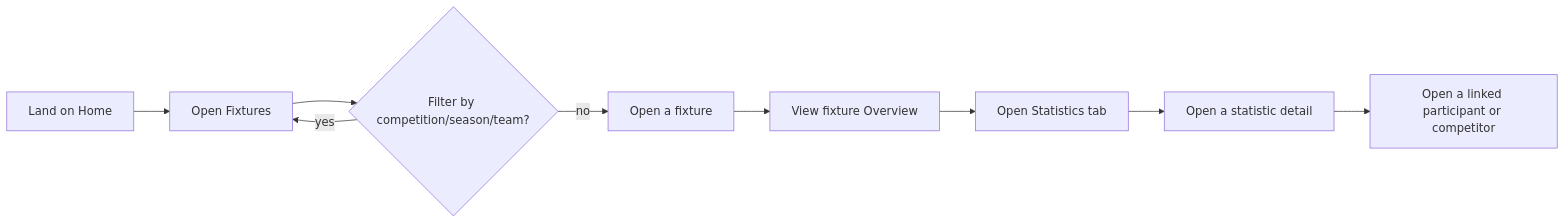
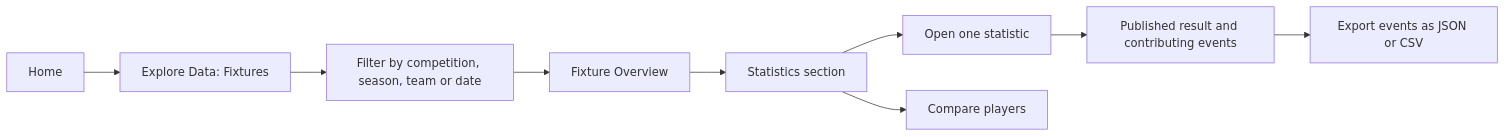
The second of 8 diagrams in docs/design/information-architecture-and-wireframes.md (NadavSundy/Sport-Analytics-Tool), drawn with Mermaid before and after one commit. The commit also changed other lines of this file and 10 other files, not shown here.

````diff
--- a/docs/design/information-architecture-and-wireframes.md
+++ b/docs/design/information-architecture-and-wireframes.md
@@ -142,11 +161,11 @@
 ```mermaid
 flowchart LR
-    A[Land on Home] --> B[Open Fixtures]
-    B --> C{Filter by competition/season/team?}
-    C -- yes --> B
-    C -- no --> D[Open a fixture]
-    D --> E[View fixture Overview]
-    E --> F[Open Statistics tab]
-    F --> G[Open a statistic detail]
-    G --> H[Open a linked participant or competitor]
+    A[Home] --> B[Explore Data: Fixtures]
+    B --> C[Filter by competition, season, team or date]
+    C --> D[Fixture Overview]
+    D --> E[Statistics section]
+    E --> F[Open one statistic]
+    F --> G[Published result and contributing events]
+    G --> H[Export events as JSON or CSV]
+    E --> I[Compare players]
 ```
````
